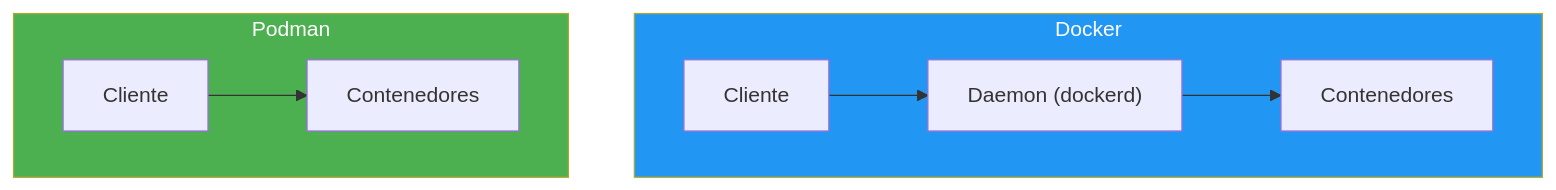
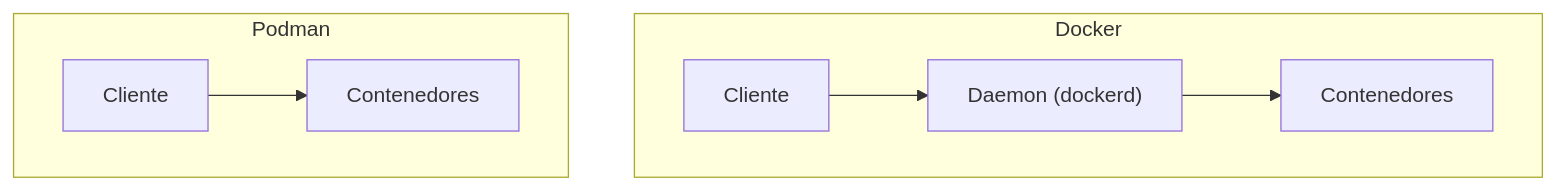
One commit to joseluisgs/DesarrolloWebEntornosServidor-02-2026-2027 changed the second of 2 diagrams in 10-pruebas-despliegue.md. Above: the diagram before and after it, drawn with Mermaid. The commit also changed 4 other files, not shown here.

Commit message:
docs: quitar el relleno a los subgraf de los diagramas de los temas 01, 10, 11, 19 y 30

````diff
--- a/10-pruebas-despliegue.md
+++ b/10-pruebas-despliegue.md
@@ -400,14 +400,12 @@
 ```mermaid
 flowchart TD
     subgraph DOCKER["Docker"]
         D1["Cliente"] --> D2["Daemon (dockerd)"]
         D2 --> D3["Contenedores"]
     end
 
     subgraph PODMAN["Podman"]
         P1["Cliente"] --> P3["Contenedores"]
     end
 
-    style DOCKER fill:#2196F3,color:#fff
-    style PODMAN fill:#4CAF50,color:#fff
 ```
````
